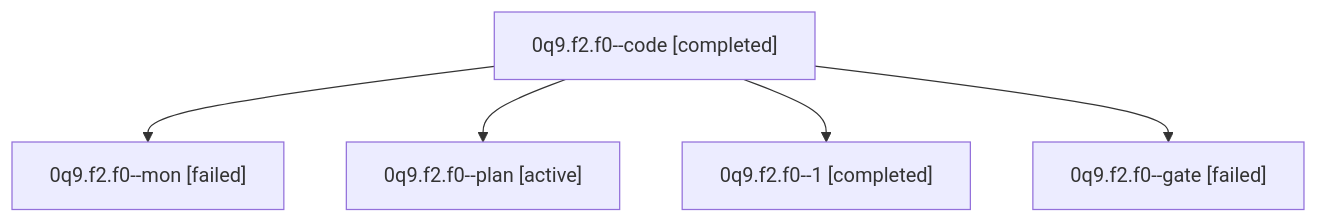
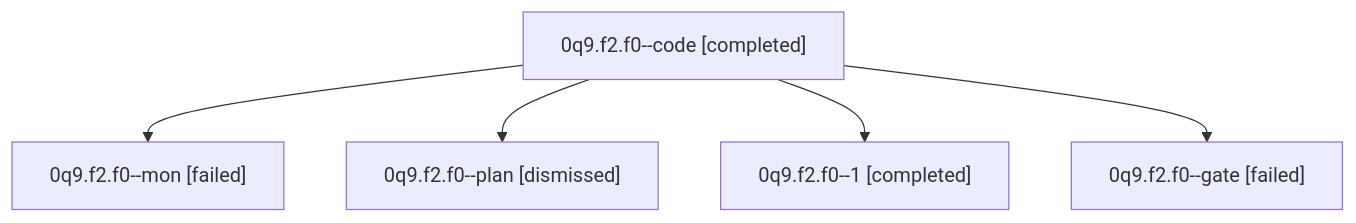
The diagram in sessions/bbugyi200.athena.0q9.f2.f0.md (sase-org/sase--agents), drawn with Mermaid before and after one commit. The commit also changed other lines of this file and 47 other files, not shown here.

````diff
--- a/sessions/bbugyi200.athena.0q9.f2.f0.md
+++ b/sessions/bbugyi200.athena.0q9.f2.f0.md
@@ -9,12 +9,12 @@
 ```mermaid
 flowchart TD
   n0["0q9.f2.f0--code [completed]"]
   n1["0q9.f2.f0--mon [failed]"]
   n0 --> n1
-  n2["0q9.f2.f0--plan [active]"]
+  n2["0q9.f2.f0--plan [dismissed]"]
   n0 --> n2
   n3["0q9.f2.f0--1 [completed]"]
   n0 --> n3
   n4["0q9.f2.f0--gate [failed]"]
   n0 --> n4
 ```
````
